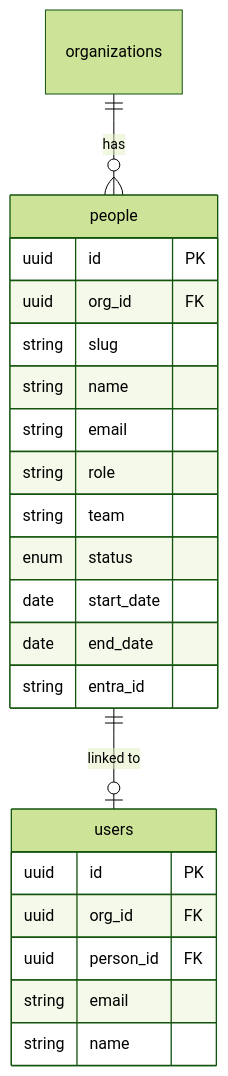
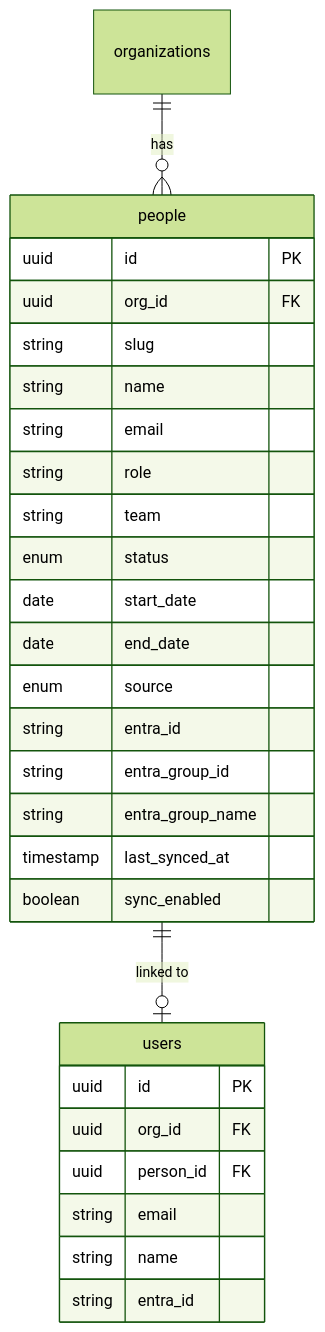
One commit to stellarsoft-tech/IdaraOS changed diagram 13 of 17 in docs/modules/people/architecture.md. Above: the diagram before and after it, drawn with Mermaid (forest theme). The commit also changed other lines of this file and 42 other files, not shown here.

First line of the commit message:
feat: implement People settings and sync functionality for Entra integration

````diff
--- a/docs/modules/people/architecture.md
+++ b/docs/modules/people/architecture.md
@@ -414,25 +624,31 @@
 ```mermaid
 erDiagram
     organizations ||--o{ people : has
     people ||--o| users : "linked to"
     people {
         uuid id PK
         uuid org_id FK
         string slug
         string name
         string email
         string role
         string team
         enum status
         date start_date
         date end_date
+        enum source
         string entra_id
+        string entra_group_id
+        string entra_group_name
+        timestamp last_synced_at
+        boolean sync_enabled
     }
     users {
         uuid id PK
         uuid org_id FK
         uuid person_id FK
         string email
         string name
+        string entra_id
     }
 ```
````
